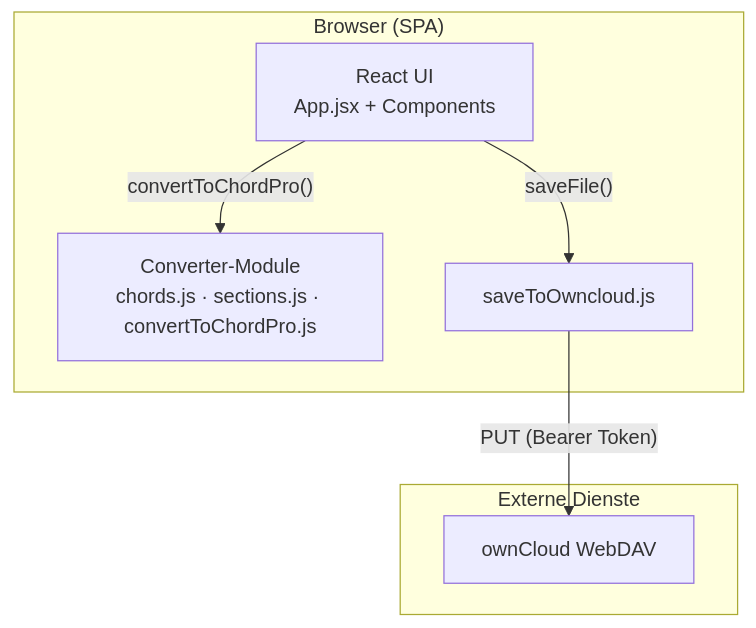
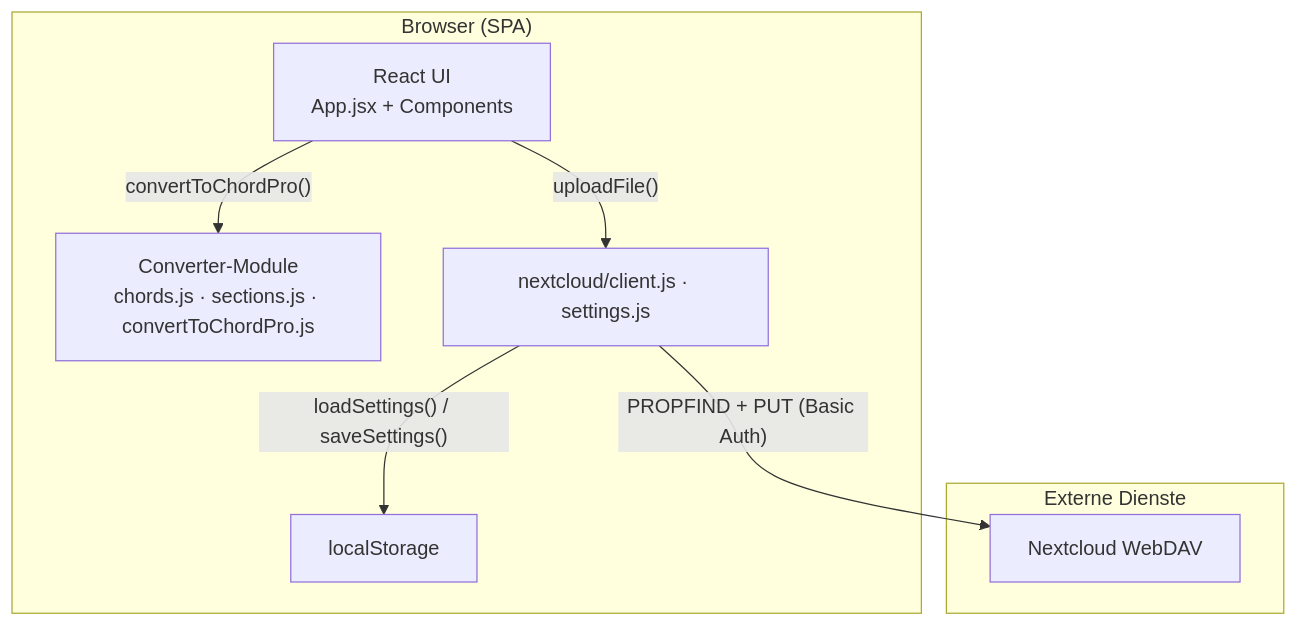
Before and after one commit to DocFaust/chordpro-converter: the first of 6 diagrams in docs/architecture.md, drawn with Mermaid. The commit also changed other lines of this file and 16 other files, not shown here.

First line of the commit message:
Refactor Nextcloud integration and remove ownCloud support

````diff
--- a/docs/architecture.md
+++ b/docs/architecture.md
@@ -13,16 +13,18 @@
 ```mermaid
 flowchart TB
     subgraph Browser["Browser (SPA)"]
         UI["React UI<br/>App.jsx + Components"]
         CONV["Converter-Module<br/>chords.js · sections.js · convertToChordPro.js"]
-        OC["saveToOwncloud.js"]
+        NC["nextcloud/client.js · settings.js"]
+        LS["localStorage"]
         UI -->|"convertToChordPro()"| CONV
-        UI -->|"saveFile()"| OC
+        UI -->|"uploadFile()"| NC
+        NC -->|"loadSettings() / saveSettings()"| LS
     end
 
     subgraph External["Externe Dienste"]
-        OWNCLOUD["ownCloud WebDAV"]
+        NEXTCLOUD["Nextcloud WebDAV"]
     end
 
-    OC -->|"PUT (Bearer Token)"| OWNCLOUD
+    NC -->|"PROPFIND + PUT (Basic Auth)"| NEXTCLOUD
 ```
````
